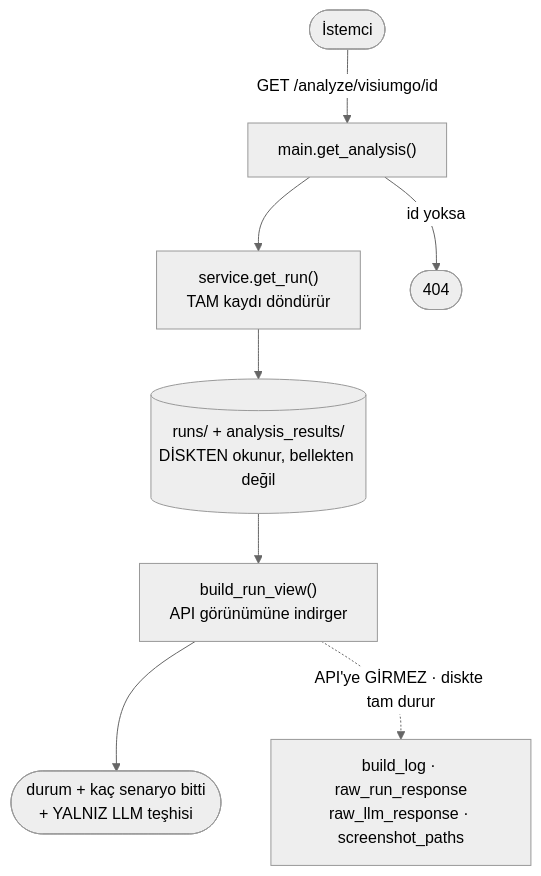
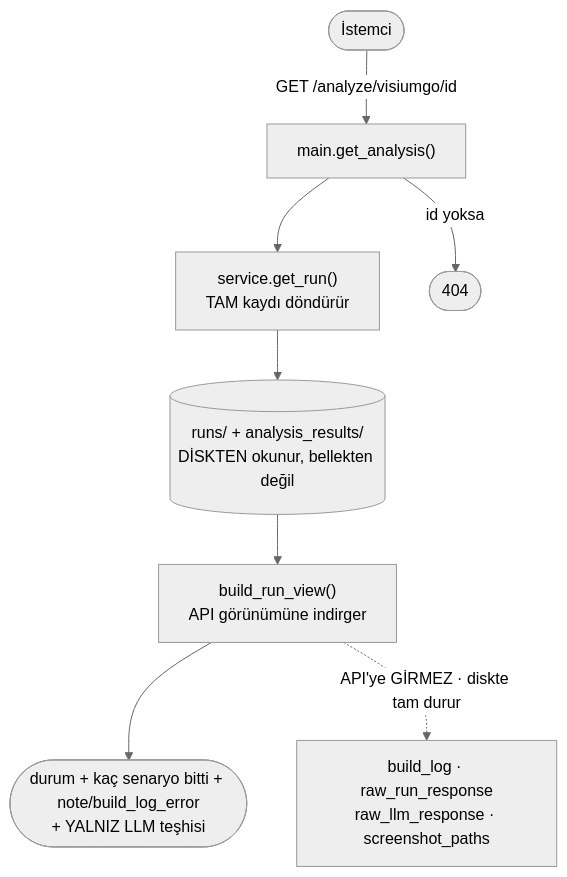
One commit to serdarxkulaksiz-netizen/analiz changed the second of 4 diagrams in docs/akis-semasi.md. Above: the diagram before and after it, drawn with Mermaid (neutral theme). The commit also changed other lines of this file and 43 other files, not shown here.

````diff
--- a/docs/akis-semasi.md
+++ b/docs/akis-semasi.md
@@ -42,10 +42,10 @@
 ```mermaid
 flowchart TD
     C([İstemci]) -->|GET /analyze/visiumgo/id| G["main.get_analysis()"]
     G --> GR["service.get_run()<br/>TAM kaydı döndürür"]
     GR --> RD[("runs/ + analysis_results/<br/>DİSKTEN okunur, bellekten değil")]
     RD --> BV["build_run_view()<br/>API görünümüne indirger"]
-    BV --> OUT([durum + kaç senaryo bitti<br/>+ YALNIZ LLM teşhisi])
+    BV --> OUT([durum + kaç senaryo bitti + note/build_log_error<br/>+ YALNIZ LLM teşhisi])
     BV -.->|"API'ye GİRMEZ · diskte tam durur"| XX["build_log · raw_run_response<br/>raw_llm_response · screenshot_paths"]
     G -->|id yoksa| E404([404])
 ```
````
